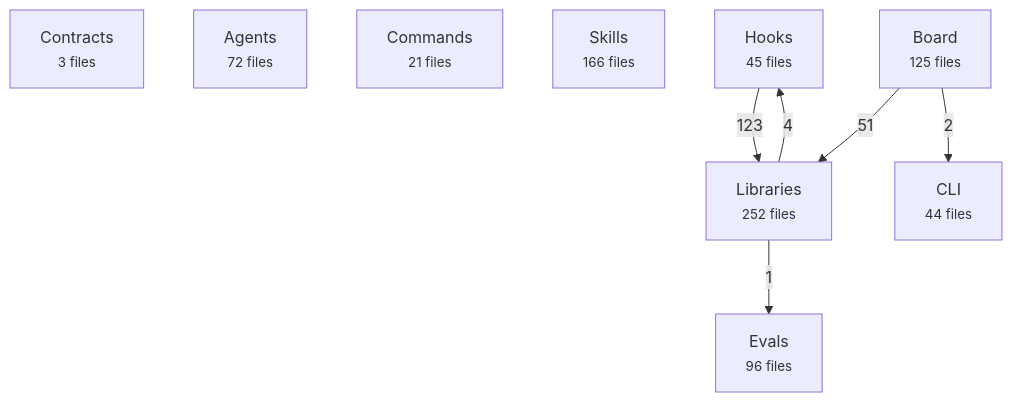
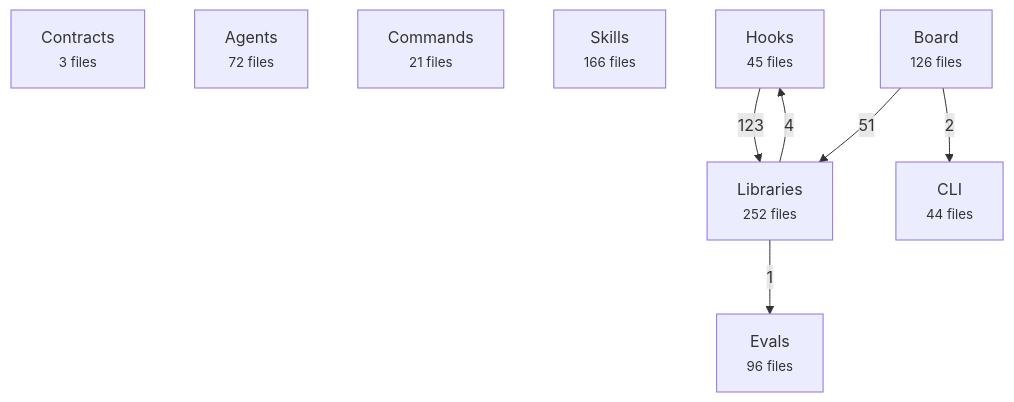
Before and after one commit to avelikiy/great_cto: the first of 2 diagrams in docs/reference/architecture-map.md, drawn with Mermaid. The commit also changed other lines of this file and 8 other files, not shown here.

````diff
--- a/docs/reference/architecture-map.md
+++ b/docs/reference/architecture-map.md
@@ -20,17 +20,17 @@
 ```mermaid
 flowchart TD
   contracts["Contracts<br/><small>3 files</small>"]
   agents["Agents<br/><small>72 files</small>"]
   commands["Commands<br/><small>21 files</small>"]
   skills["Skills<br/><small>166 files</small>"]
   hooks["Hooks<br/><small>45 files</small>"]
   libs["Libraries<br/><small>252 files</small>"]
-  board["Board<br/><small>125 files</small>"]
+  board["Board<br/><small>126 files</small>"]
   cli["CLI<br/><small>44 files</small>"]
   evals["Evals<br/><small>96 files</small>"]
   hooks -->|123| libs
   board -->|51| libs
   libs -->|4| hooks
   board -->|2| cli
   libs -->|1| evals
 ```
````
